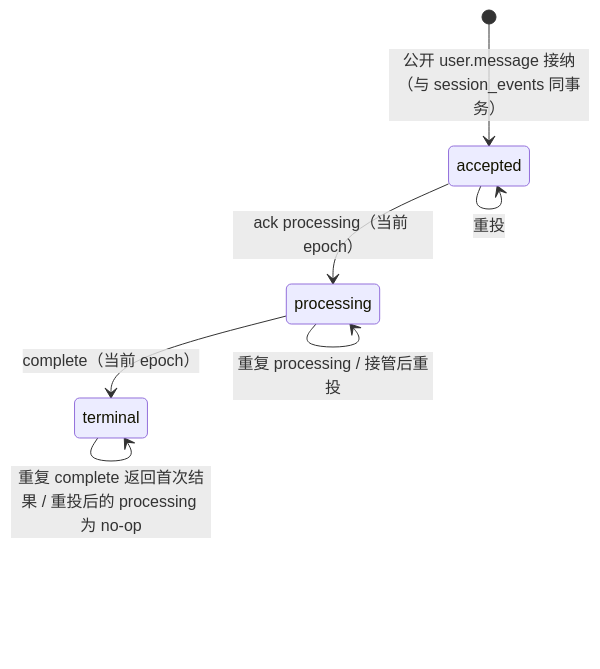
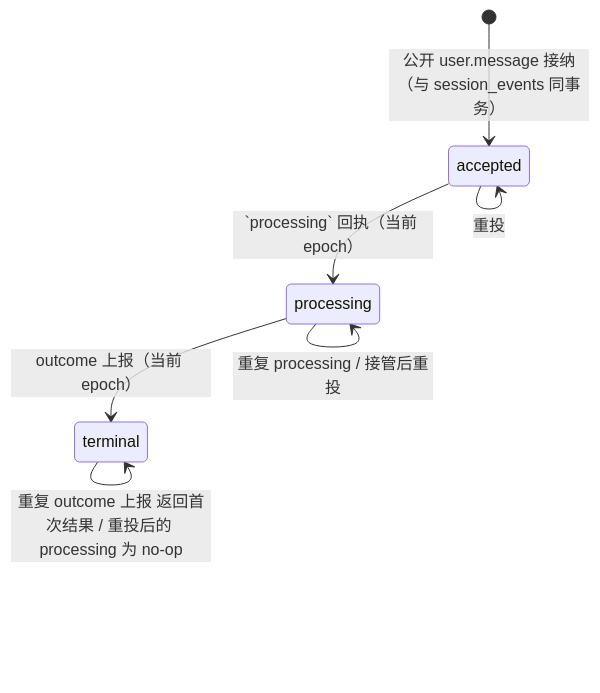
The second of 3 diagrams in docs/design/be/dsrv1/protocol.md (superduck-ai/open-managed-agents), drawn with Mermaid before and after one commit. The commit also changed other lines of this file and 1 other file, not shown here.

````diff
--- a/docs/design/be/dsrv1/protocol.md
+++ b/docs/design/be/dsrv1/protocol.md
@@ -537,9 +539,9 @@
 ```mermaid
 stateDiagram-v2
     [*] --> accepted: 公开 user.message 接纳（与 session_events 同事务）
-    accepted --> processing: ack processing（当前 epoch）
-    processing --> terminal: complete（当前 epoch）
+    accepted --> processing: `processing` 回执（当前 epoch）
+    processing --> terminal: outcome 上报（当前 epoch）
     accepted --> accepted: 重投
     processing --> processing: 重复 processing / 接管后重投
-    terminal --> terminal: 重复 complete 返回首次结果 / 重投后的 processing 为 no-op
+    terminal --> terminal: 重复 outcome 上报 返回首次结果 / 重投后的 processing 为 no-op
 ```
````
